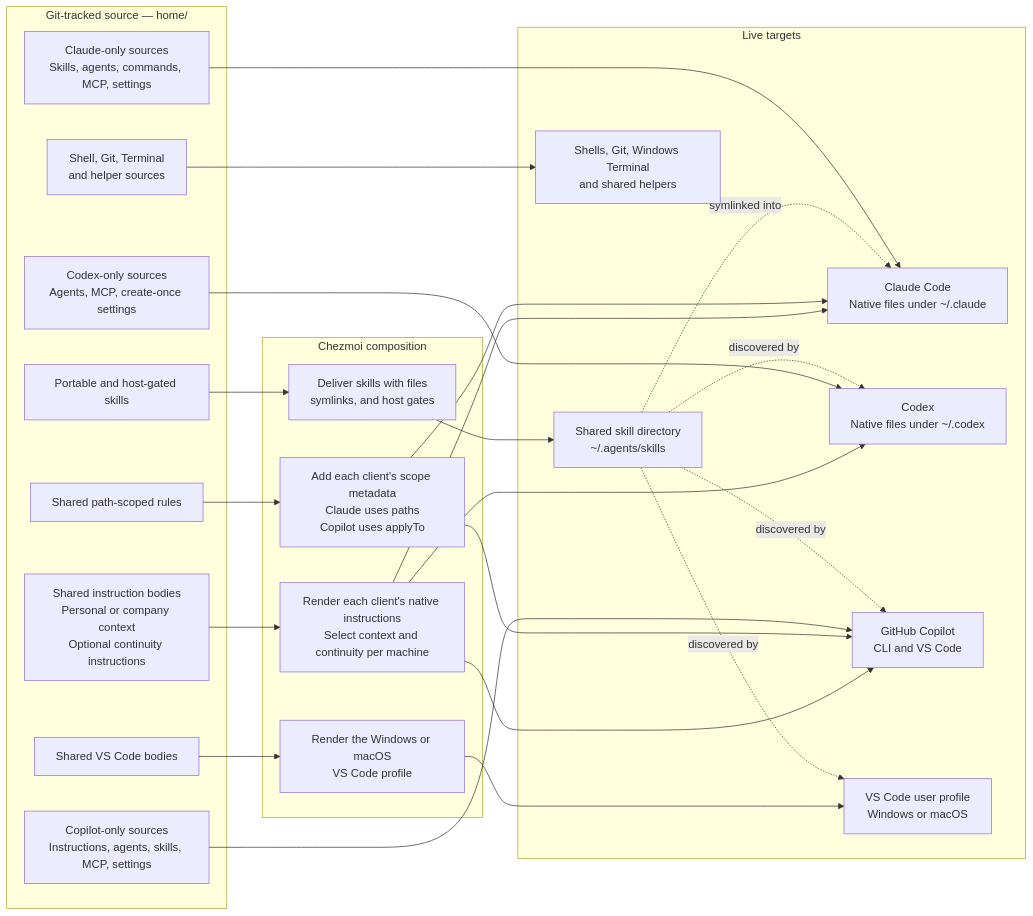
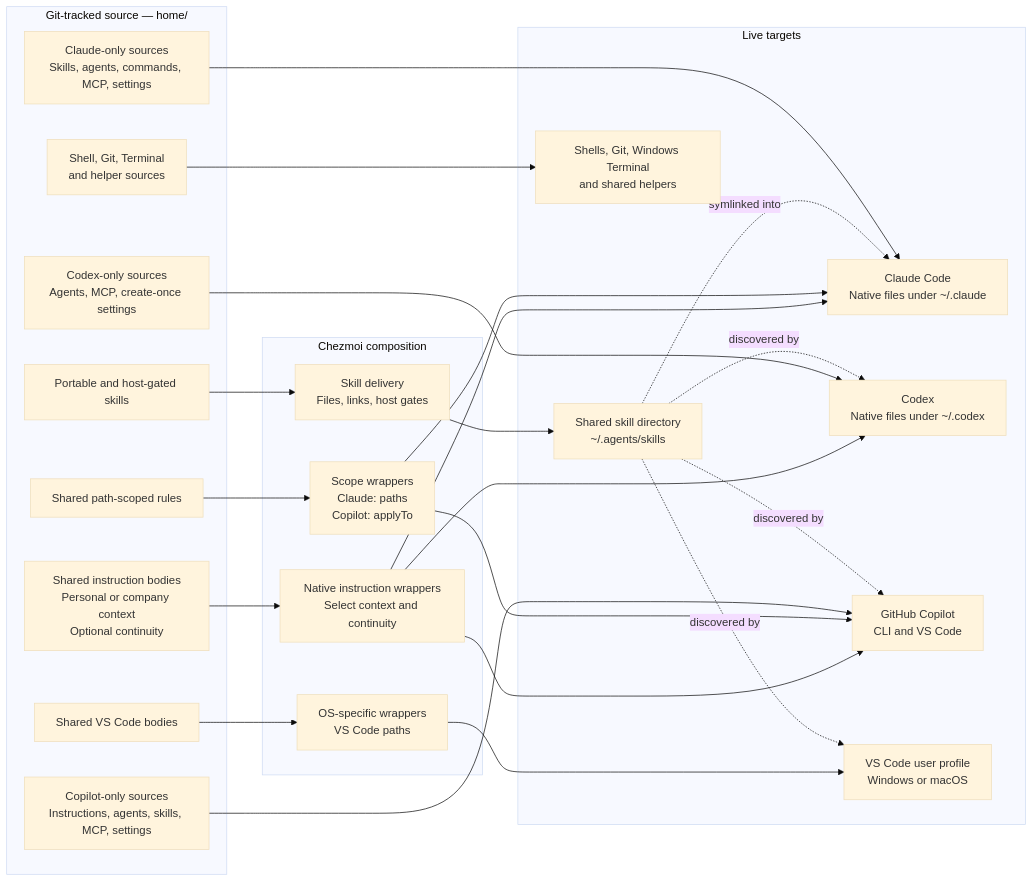
The first of 3 diagrams in README.md (sherrilla71940/dotfiles), drawn with Mermaid before and after one commit. The commit also changed other lines of this file and 1 other file, not shown here.

Commit message:
docs(readme): clarify Mermaid workflow diagrams

````diff
--- a/README.md
+++ b/README.md
@@ -60,53 +60,54 @@
 ```mermaid
+%%{init: {"theme": "base", "themeVariables": {"fontSize": "16px", "fontFamily": "system-ui, sans-serif"}}}%%
 flowchart LR
     subgraph source["Git-tracked source — home/"]
-        core["Shared instruction bodies<br/>Personal or company context<br/>Optional continuity instructions"]
+        core["Shared instruction bodies<br/>Personal or company context<br/>Optional continuity"]
         rules["Shared path-scoped rules"]
         skills["Portable and host-gated skills"]
         claudeNative["Claude-only sources<br/>Skills, agents, commands, MCP, settings"]
         codexNative["Codex-only sources<br/>Agents, MCP, create-once settings"]
         copilotNative["Copilot-only sources<br/>Instructions, agents, skills, MCP, settings"]
         vscodeBody["Shared VS Code bodies"]
         platform["Shell, Git, Terminal<br/>and helper sources"]
     end
 
     subgraph render["Chezmoi composition"]
-        instructionAdapters["Render each client's native instructions<br/>Select context and continuity per machine"]
-        ruleAdapters["Add each client's scope metadata<br/>Claude uses paths<br/>Copilot uses applyTo"]
-        skillDelivery["Deliver skills with files<br/>symlinks, and host gates"]
-        osAdapters["Render the Windows or macOS<br/>VS Code profile"]
+        instructionAdapters["Native instruction wrappers<br/>Select context and continuity"]
+        ruleAdapters["Scope wrappers<br/>Claude: paths<br/>Copilot: applyTo"]
+        skillDelivery["Skill delivery<br/>Files, links, host gates"]
+        osAdapters["OS-specific wrappers<br/>VS Code paths"]
     end
 
     subgraph targets["Live targets"]
         claude["Claude Code<br/>Native files under ~/.claude"]
         codex["Codex<br/>Native files under ~/.codex"]
         copilot["GitHub Copilot<br/>CLI and VS Code"]
         agents["Shared skill directory<br/>~/.agents/skills"]
         vscode["VS Code user profile<br/>Windows or macOS"]
         other["Shells, Git, Windows Terminal<br/>and shared helpers"]
     end
 
     core --> instructionAdapters
     instructionAdapters --> claude
     instructionAdapters --> codex
     instructionAdapters --> copilot
 
     rules --> ruleAdapters
     ruleAdapters --> claude
     ruleAdapters --> copilot
 
     skills --> skillDelivery
     skillDelivery --> agents
     agents -.->|"symlinked into"| claude
 
     claudeNative --> claude
     codexNative --> codex
     copilotNative --> copilot
 
     vscodeBody --> osAdapters --> vscode
     platform --> other
 
     agents -.->|"discovered by"| codex
     agents -.->|"discovered by"| copilot
     agents -.->|"discovered by"| vscode
 ```
````
